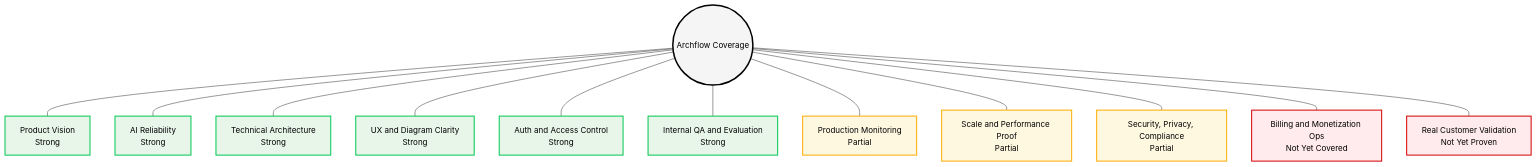
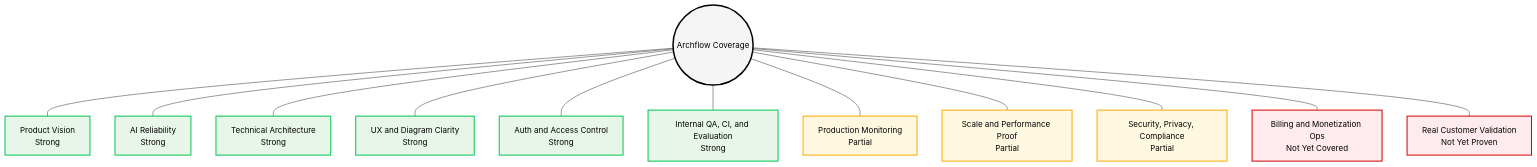
Before and after one commit to deepakgudi-pixel/arch-flow: the diagram in chart.md, drawn with Mermaid. The commit also changed other lines of this file and 4 other files, not shown here.

````diff
--- a/chart.md
+++ b/chart.md
@@ -15,27 +15,27 @@
 ```mermaid
 graph TD
     A((Archflow Coverage))
 
     A --- B[Product Vision<br/>Strong]
     A --- C[AI Reliability<br/>Strong]
     A --- D[Technical Architecture<br/>Strong]
     A --- E[UX and Diagram Clarity<br/>Strong]
     A --- F[Auth and Access Control<br/>Strong]
-    A --- G[Internal QA and Evaluation<br/>Strong]
+    A --- G[Internal QA, CI, and Evaluation<br/>Strong]
 
     A --- H[Production Monitoring<br/>Partial]
     A --- I[Scale and Performance Proof<br/>Partial]
     A --- J[Security, Privacy, Compliance<br/>Partial]
     A --- K[Billing and Monetization Ops<br/>Not Yet Covered]
     A --- L[Real Customer Validation<br/>Not Yet Proven]
 
     classDef strong fill:#e8f5e9,stroke:#00c853,color:#000000,stroke-width:2px;
     classDef partial fill:#fff8e1,stroke:#ffab00,color:#000000,stroke-width:2px;
     classDef gap fill:#ffebee,stroke:#d50000,color:#000000,stroke-width:2px;
     classDef root fill:#f5f5f5,stroke:#000000,color:#000000,stroke-width:3px;
 
     class A root;
     class B,C,D,E,F,G strong;
     class H,I,J partial;
     class K,L gap;
 ```
````
